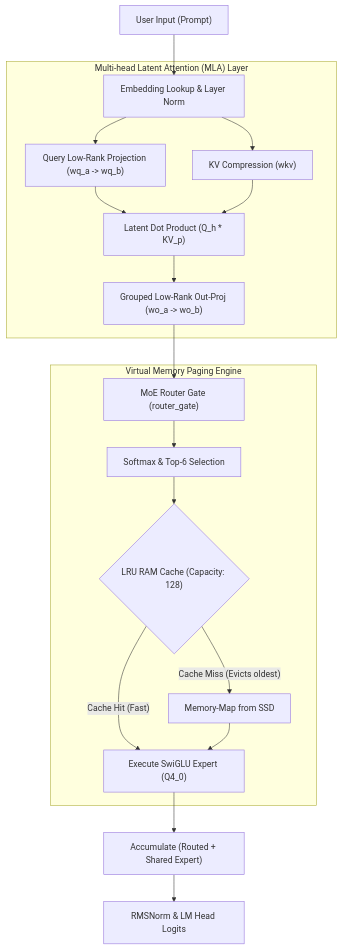
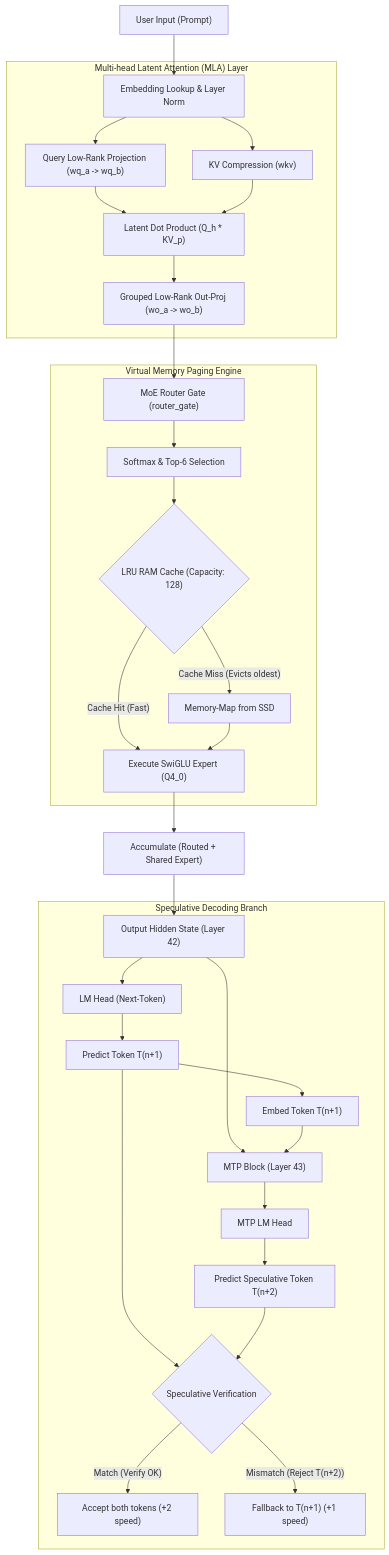
One commit to gurneev-singh/HydraEngine changed the diagram in README.md. Above: the diagram before and after it, drawn with Mermaid.

Commit message:
Update Mermaid architecture diagram with MTP speculative decoding branch

````diff
--- a/README.md
+++ b/README.md
@@ -47,26 +47,42 @@
 ```mermaid
 graph TD
     UserPrompt["User Input (Prompt)"] --> Embedding["Embedding Lookup & Layer Norm"]
     
     subgraph AttentionBlock ["Multi-head Latent Attention (MLA) Layer"]
         Embedding --> Q_Proj["Query Low-Rank Projection (wq_a -> wq_b)"]
         Embedding --> KV_Proj["KV Compression (wkv)"]
         Q_Proj --> LatentAttention["Latent Dot Product (Q_h * KV_p)"]
         KV_Proj --> LatentAttention
         LatentAttention --> O_Proj["Grouped Low-Rank Out-Proj (wo_a -> wo_b)"]
     end
     
     O_Proj --> RoutingGate["MoE Router Gate (router_gate)"]
     
     subgraph PagingEngine ["Virtual Memory Paging Engine"]
         RoutingGate --> Softmax["Softmax & Top-6 Selection"]
         Softmax --> LRUCache{"LRU RAM Cache (Capacity: 128)"}
         
         LRUCache -- "Cache Hit (Fast)" --> RunExpert["Execute SwiGLU Expert (Q4_0)"]
         LRUCache -- "Cache Miss (Evicts oldest)" --> SSD_Read["Memory-Map from SSD"]
         SSD_Read --> RunExpert
     end
 
     RunExpert --> Accumulate["Accumulate (Routed + Shared Expert)"]
-    Accumulate --> Output["RMSNorm & LM Head Logits"]
+    Accumulate --> OutputHidden["Output Hidden State (Layer 42)"]
+    
+    subgraph SpecDec ["Speculative Decoding Branch"]
+        OutputHidden --> StandardPath["LM Head (Next-Token)"]
+        StandardPath --> Token1["Predict Token T(n+1)"]
+        
+        OutputHidden --> MTPBlock["MTP Block (Layer 43)"]
+        Token1 --> EmbedToken1["Embed Token T(n+1)"]
+        EmbedToken1 --> MTPBlock
+        MTPBlock --> MTP_Head["MTP LM Head"]
+        MTP_Head --> Token2["Predict Speculative Token T(n+2)"]
+        
+        Token1 --> Validate{"Speculative Verification"}
+        Token2 --> Validate
+        Validate -- "Match (Verify OK)" --> AcceptBoth["Accept both tokens (+2 speed)"]
+        Validate -- "Mismatch (Reject T(n+2))" --> AcceptOne["Fallback to T(n+1) (+1 speed)"]
+    end
 ```
````
